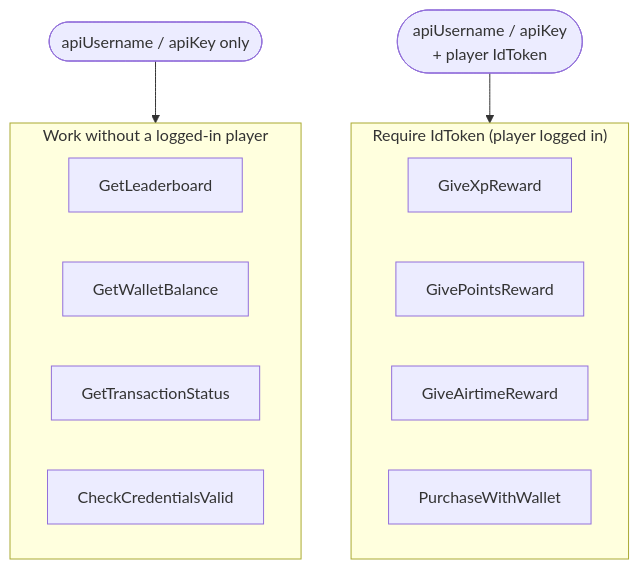
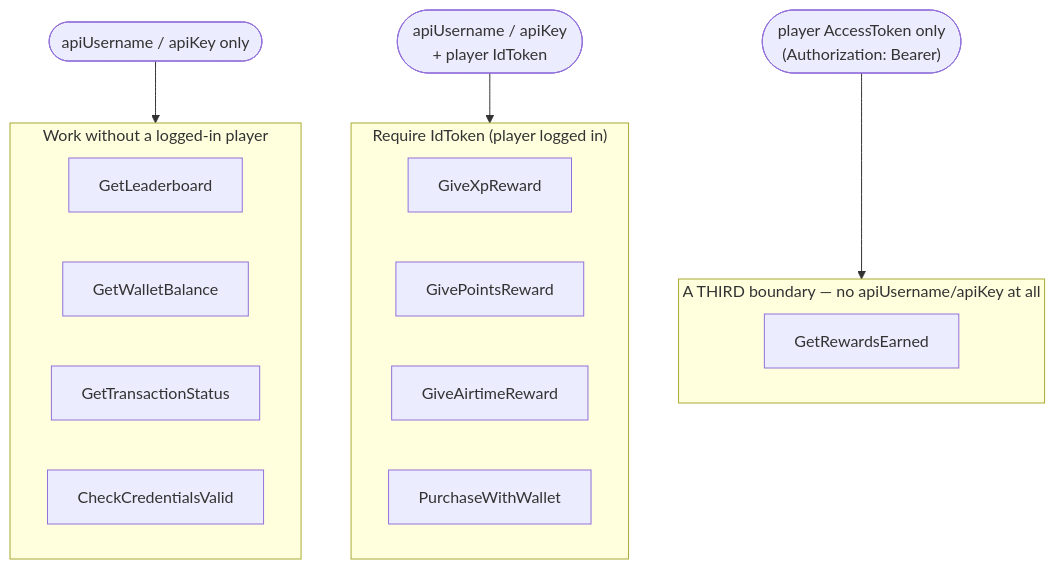
One commit to Jiwe-Studio/wallet-sdk-unity changed the second of 5 diagrams in README.md. Above: the diagram before and after it, drawn with Mermaid. The commit also changed other lines of this file and 2 other files, not shown here.

````diff
--- a/README.md
+++ b/README.md
@@ -55,19 +55,24 @@
 ```mermaid
 flowchart TB
     subgraph NoLoginNeeded["Work without a logged-in player"]
         direction LR
         L1["GetLeaderboard"]
         L2["GetWalletBalance"]
         L3["GetTransactionStatus"]
         L4["CheckCredentialsValid"]
     end
     subgraph LoginRequired["Require IdToken (player logged in)"]
         direction LR
         R1["GiveXpReward"]
         R2["GivePointsReward"]
         R3["GiveAirtimeReward"]
         R4["PurchaseWithWallet"]
     end
+    subgraph BearerOnly["A THIRD boundary — no apiUsername/apiKey at all"]
+        direction LR
+        B1["GetRewardsEarned"]
+    end
     Static(["apiUsername / apiKey only"]) --> NoLoginNeeded
     Token(["apiUsername / apiKey\n+ player IdToken"]) --> LoginRequired
+    Bearer(["player AccessToken only\n(Authorization: Bearer)"]) --> BearerOnly
 ```
````
